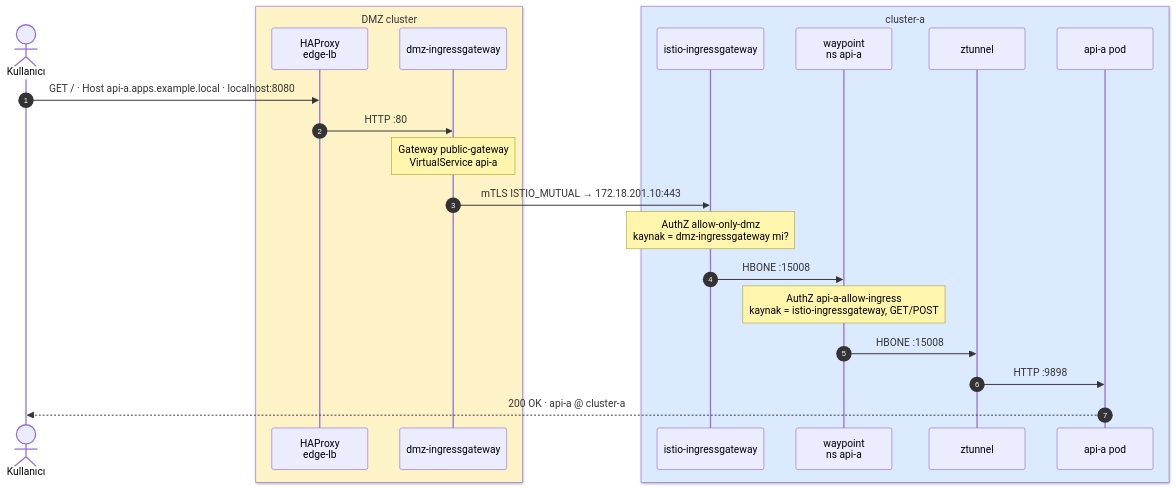
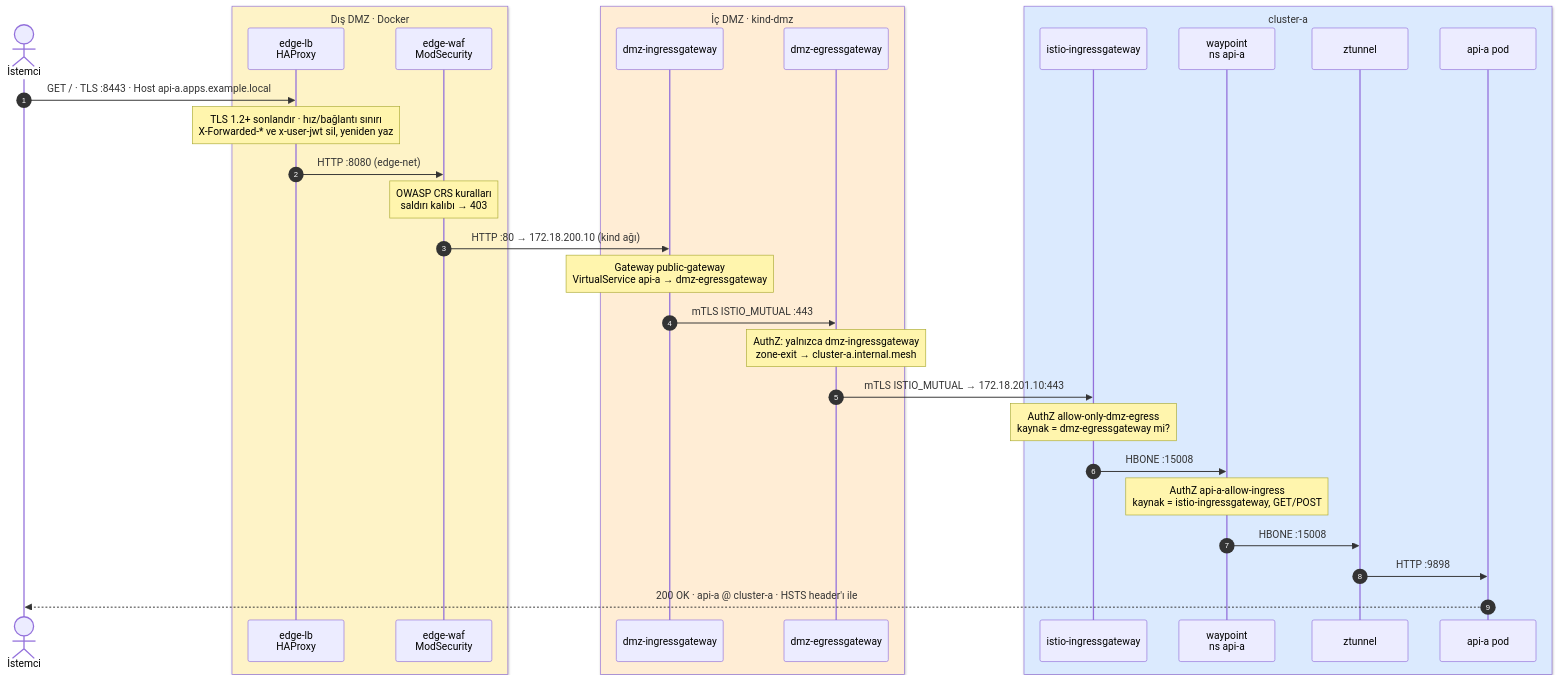
Before and after one commit to olgunyldz/service-mesh-lab: the fourth of 10 diagrams in README.md, drawn with Mermaid. The commit also changed other lines of this file and 26 other files, not shown here.

First line of the commit message:
Zone'lar: edge Kubernetes dışında (HAProxy + WAF), TLS, DMZ egress ile tek kapı

````diff
--- a/README.md
+++ b/README.md
@@ -180,26 +208,35 @@
 ```mermaid
 sequenceDiagram
     autonumber
-    actor U as Kullanıcı
-    box rgb(254,243,199) DMZ cluster
-        participant H as HAProxy<br/>edge-lb
+    actor U as İstemci
+    box rgb(254,243,199) Dış DMZ · Docker
+        participant H as edge-lb<br/>HAProxy
+        participant F as edge-waf<br/>ModSecurity
+    end
+    box rgb(255,237,213) İç DMZ · kind-dmz
         participant D as dmz-ingressgateway
+        participant E as dmz-egressgateway
     end
     box rgb(219,234,254) cluster-a
         participant G as istio-ingressgateway
         participant W as waypoint<br/>ns api-a
         participant Z as ztunnel
         participant P as api-a pod
     end
 
-    U->>H: GET / · Host api-a.apps.example.local · localhost:8080
-    H->>D: HTTP :80
-    Note over D: Gateway public-gateway<br/>VirtualService api-a
-    D->>G: mTLS ISTIO_MUTUAL → 172.18.201.10:443
-    Note over G: AuthZ allow-only-dmz<br/>kaynak = dmz-ingressgateway mi?
+    U->>H: GET / · TLS :8443 · Host api-a.apps.example.local
+    Note over H: TLS 1.2+ sonlandır · hız/bağlantı sınırı<br/>X-Forwarded-* ve x-user-jwt sil, yeniden yaz
+    H->>F: HTTP :8080 (edge-net)
+    Note over F: OWASP CRS kuralları<br/>saldırı kalıbı → 403
+    F->>D: HTTP :80 → 172.18.200.10 (kind ağı)
+    Note over D: Gateway public-gateway<br/>VirtualService api-a → dmz-egressgateway
+    D->>E: mTLS ISTIO_MUTUAL :443
+    Note over E: AuthZ: yalnızca dmz-ingressgateway<br/>zone-exit → cluster-a.internal.mesh
+    E->>G: mTLS ISTIO_MUTUAL → 172.18.201.10:443
+    Note over G: AuthZ allow-only-dmz-egress<br/>kaynak = dmz-egressgateway mi?
     G->>W: HBONE :15008
     Note over W: AuthZ api-a-allow-ingress<br/>kaynak = istio-ingressgateway, GET/POST
     W->>Z: HBONE :15008
     Z->>P: HTTP :9898
-    P-->>U: 200 OK · api-a @ cluster-a
+    P-->>U: 200 OK · api-a @ cluster-a · HSTS header'ı ile
 ```
````
